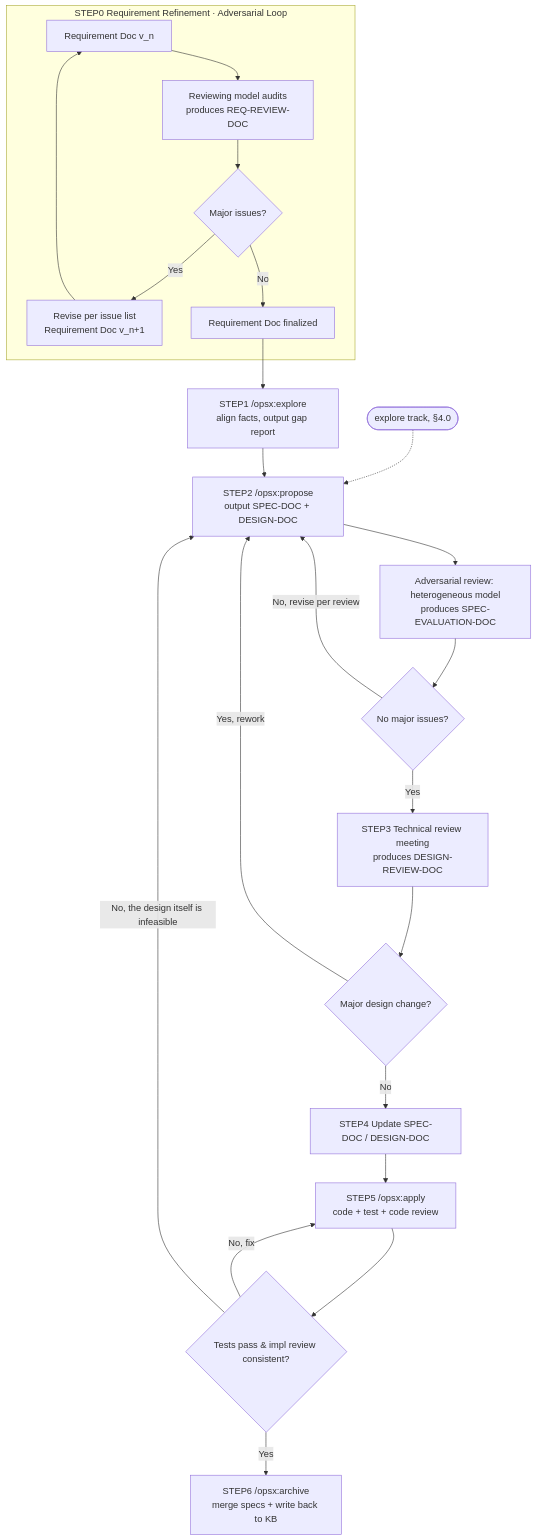
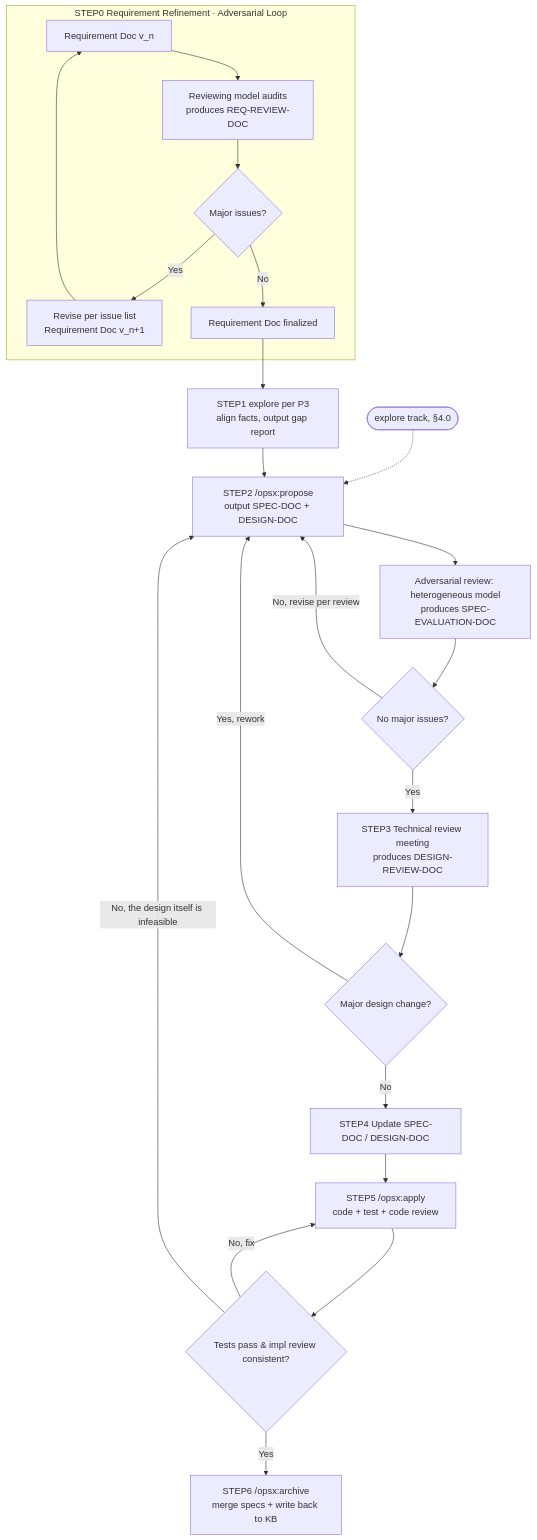
The second of 3 diagrams in README.md (Apriorhythm/apriori-spec-development), drawn with Mermaid before and after one commit. The commit also changed other lines of this file and 3 other files, not shown here.

First line of the commit message:
fix: P8 round 1 — sync README to the new STEP1/explore semantics, P7 re-absorbs the produce-the-record mandate, README config examples drop rules.apply

````diff
--- a/README.md
+++ b/README.md
@@ -368,29 +368,29 @@
 ```mermaid
 graph TD
     %% interface actions shown by their adapter commands (/opsx:*)
     X0([explore track, §4.0]) -.-> C
     subgraph S0[STEP0 Requirement Refinement · Adversarial Loop]
         A1[Requirement Doc v_n] --> A2[Reviewing model audits<br/>produces REQ-REVIEW-DOC]
         A2 --> A3{Major issues?}
         A3 -- Yes --> A4[Revise per issue list<br/>Requirement Doc v_n+1]
         A4 --> A1
         A3 -- No --> A5[Requirement Doc finalized]
     end
 
-    A5 --> B[STEP1 /opsx:explore<br/>align facts, output gap report]
+    A5 --> B[STEP1 explore per P3<br/>align facts, output gap report]
     B --> C[STEP2 /opsx:propose<br/>output SPEC-DOC + DESIGN-DOC]
 
     C --> D[Adversarial review: heterogeneous model<br/>produces SPEC-EVALUATION-DOC]
     D --> D2{No major issues?}
     D2 -- No, revise per review --> C
 
     D2 -- Yes --> E[STEP3 Technical review meeting<br/>produces DESIGN-REVIEW-DOC]
     E --> F{Major design change?}
     F -- Yes, rework --> C
     F -- No --> G[STEP4 Update SPEC-DOC / DESIGN-DOC]
     G --> H[STEP5 /opsx:apply<br/>code + test + code review]
     H --> H2{Tests pass & impl review consistent?}
     H2 -- No, fix --> H
     H2 -- No, the design itself is infeasible --> C
     H2 -- Yes --> I[STEP6 /opsx:archive<br/>merge specs + write back to KB]
 ```
````
